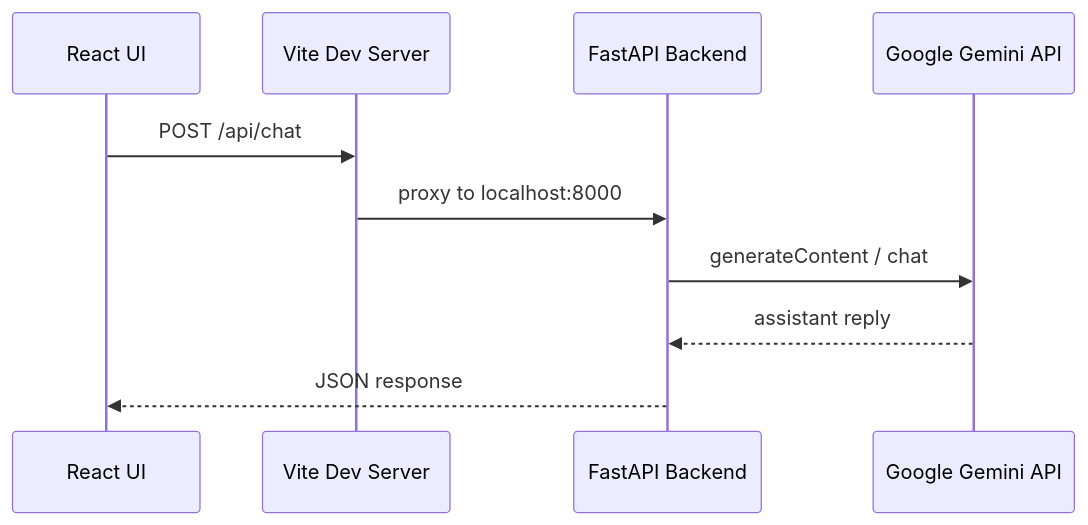
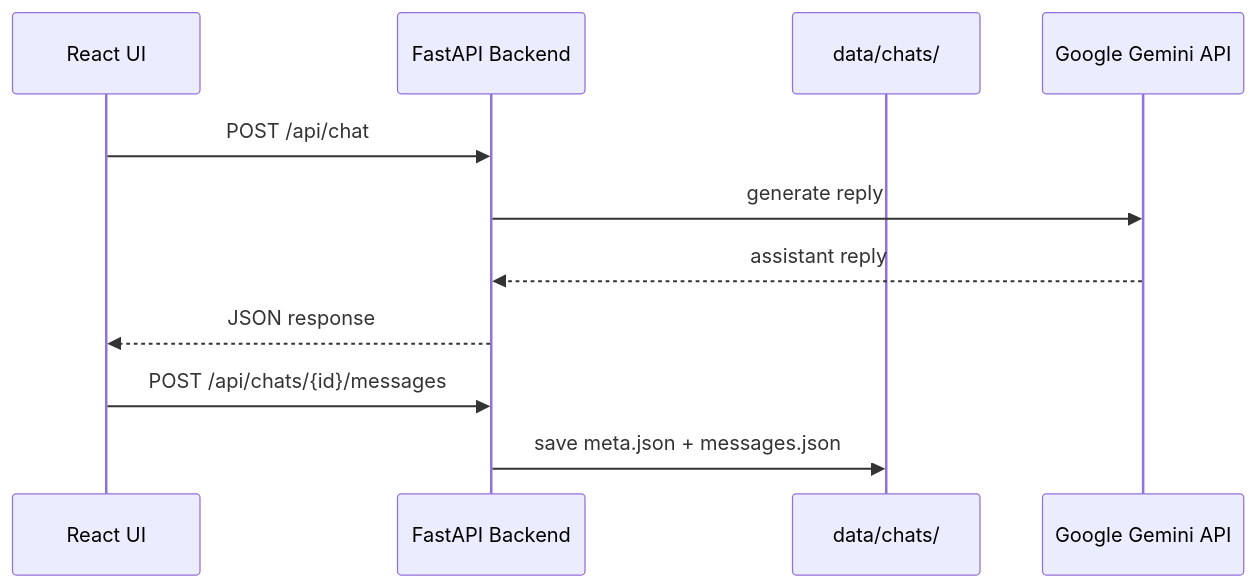
Before and after one commit to jayasinghedr/us-history-chat-bot: the diagram in docs/implementation.md, drawn with Mermaid. The commit also changed other lines of this file and 28 other files, not shown here.

````diff
--- a/docs/implementation.md
+++ b/docs/implementation.md
@@ -72,13 +196,14 @@
 ```mermaid
 sequenceDiagram
     participant Browser as React UI
-    participant Vite as Vite Dev Server
     participant API as FastAPI Backend
+    participant Disk as data/chats/
     participant Gemini as Google Gemini API
 
-    Browser->>Vite: POST /api/chat
-    Vite->>API: proxy to localhost:8000
-    API->>Gemini: generateContent / chat
+    Browser->>API: POST /api/chat
+    API->>Gemini: generate reply
     Gemini-->>API: assistant reply
     API-->>Browser: JSON response
+    Browser->>API: POST /api/chats/{id}/messages
+    API->>Disk: save meta.json + messages.json
 ```
````
